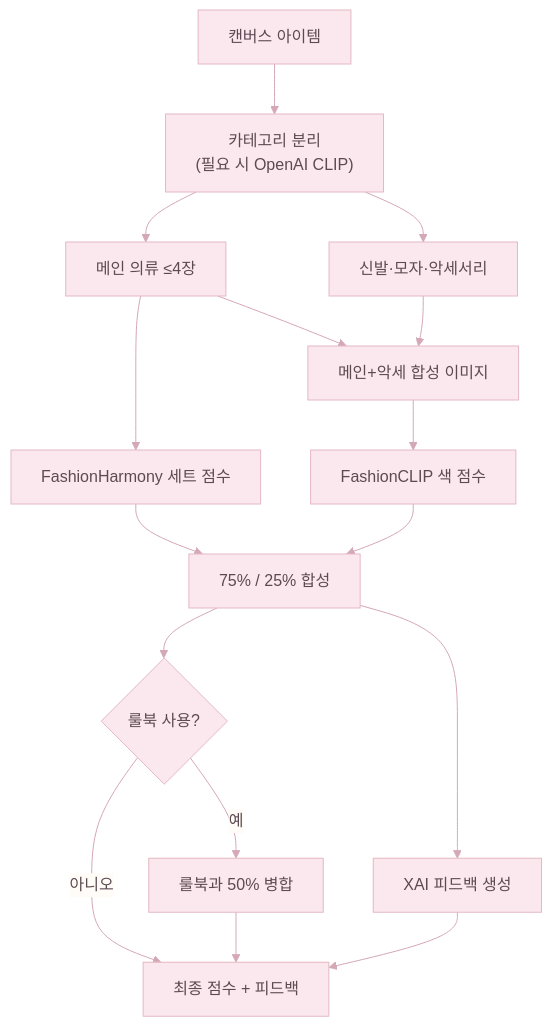
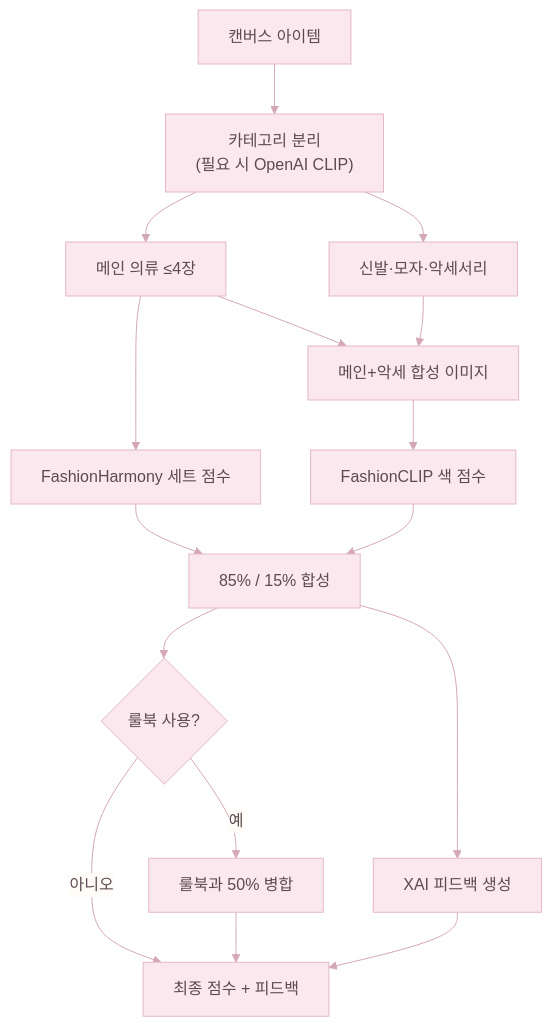
One commit to jinbaaaaaang/huwari changed the tenth of 12 diagrams in README.md. Above: the diagram before and after it, drawn with Mermaid. The commit also changed other lines of this file and 2 other files, not shown here.

````diff
--- a/README.md
+++ b/README.md
@@ -873,19 +894,19 @@
 ```mermaid
 %%{init: {'theme': 'base', 'themeVariables': {'primaryColor':'#F4D4DC','primaryTextColor':'#5C4A52','primaryBorderColor':'#E5B8C4','lineColor':'#D4A8B6','secondaryColor':'#FFF6EC','tertiaryColor':'#FFFBF6','background':'#FFFBF7','mainBkg':'#FAE8EE','clusterBkg':'#FFF5EB','clusterBorder':'#EBC4CF','edgeLabelBackground':'#FFFBF7','fontFamily':'inherit'}}}%%
 flowchart TD
   IN["캔버스 아이템"] --> SPLIT["카테고리 분리<br/>(필요 시 OpenAI CLIP)"]
   SPLIT --> MAIN["메인 의류 ≤4장"]
   SPLIT --> ACC["신발·모자·악세서리"]
   MAIN --> FH["FashionHarmony 세트 점수"]
   MAIN --> IMG["메인+악세 합성 이미지"]
   ACC --> IMG
   IMG --> FC["FashionCLIP 색 점수"]
-  FH --> SUM["75% / 25% 합성"]
+  FH --> SUM["85% / 15% 합성"]
   FC --> SUM
   SUM --> RB{"룰북 사용?"}
   RB -->|예| HY["룰북과 50% 병합"]
   RB -->|아니오| OUT["최종 점수 + 피드백"]
   HY --> OUT
   SUM --> XAI["XAI 피드백 생성"]
   XAI --> OUT
 ```
````
